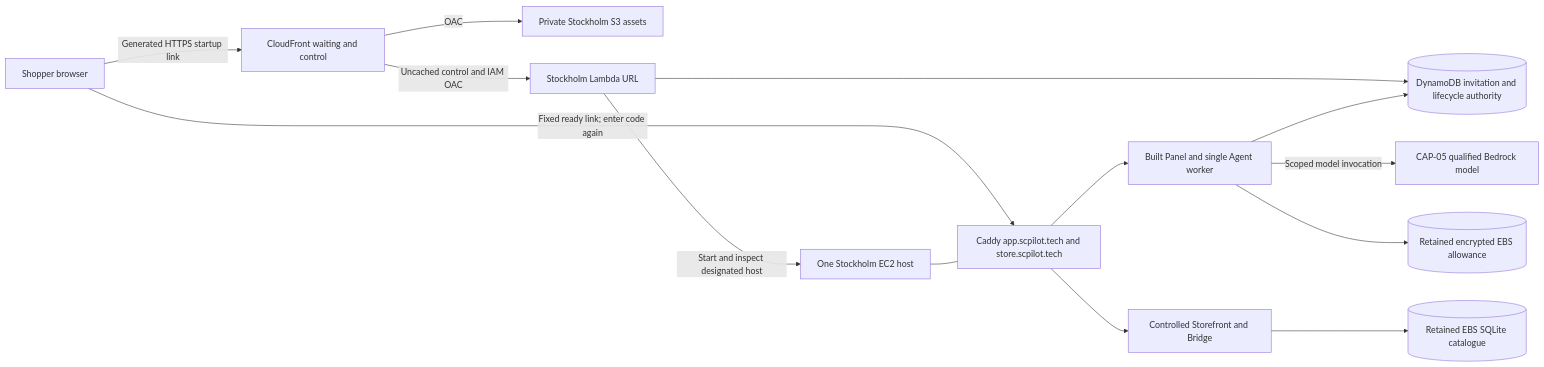
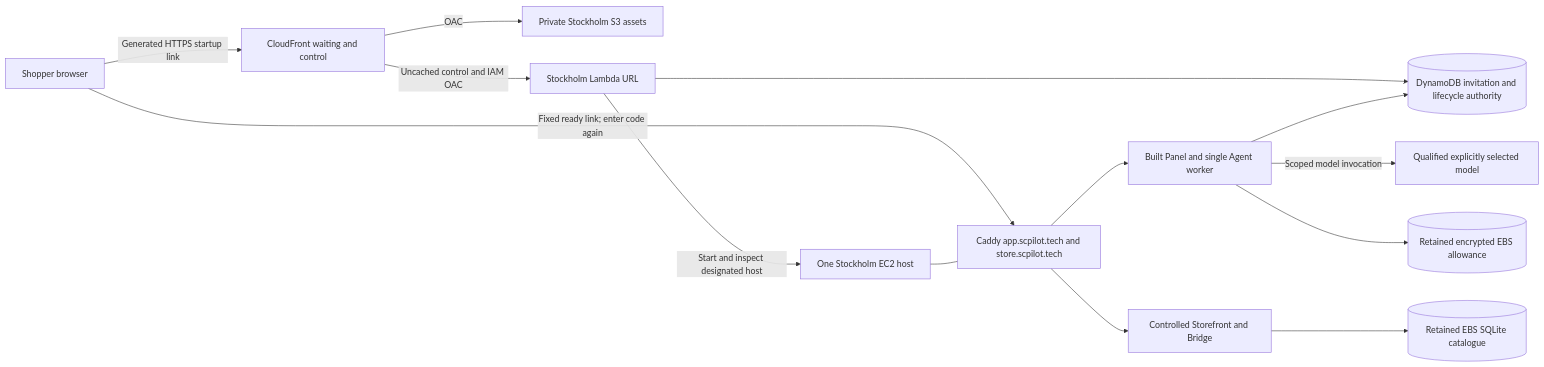
The diagram in docs/cap04-deployment-handoff.md (Homd11/shopping-copilot), drawn with Mermaid before and after one commit. The commit also changed other lines of this file and 14 other files, not shown here.

````diff
--- a/docs/cap04-deployment-handoff.md
+++ b/docs/cap04-deployment-handoff.md
@@ -44,16 +53,16 @@
 ```mermaid
 flowchart LR
     Browser[Shopper browser] -->|Generated HTTPS startup link| CF[CloudFront waiting and control]
     CF -->|OAC| Assets[Private Stockholm S3 assets]
     CF -->|Uncached control and IAM OAC| Wake[Stockholm Lambda URL]
     Wake --> Authority[(DynamoDB invitation and lifecycle authority)]
     Wake -->|Start and inspect designated host| Host[One Stockholm EC2 host]
     Browser -->|Fixed ready link; enter code again| Proxy[Caddy app.scpilot.tech and store.scpilot.tech]
     Proxy --> Agent[Built Panel and single Agent worker]
     Proxy --> Store[Controlled Storefront and Bridge]
     Host --- Proxy
-    Agent -->|Scoped model invocation| Model[CAP-05 qualified Bedrock model]
+    Agent -->|Scoped model invocation| Model[Qualified explicitly selected model]
     Agent --> Authority
     Agent --> Disk[(Retained encrypted EBS allowance)]
     Store --> Catalogue[(Retained EBS SQLite catalogue)]
 ```
````
